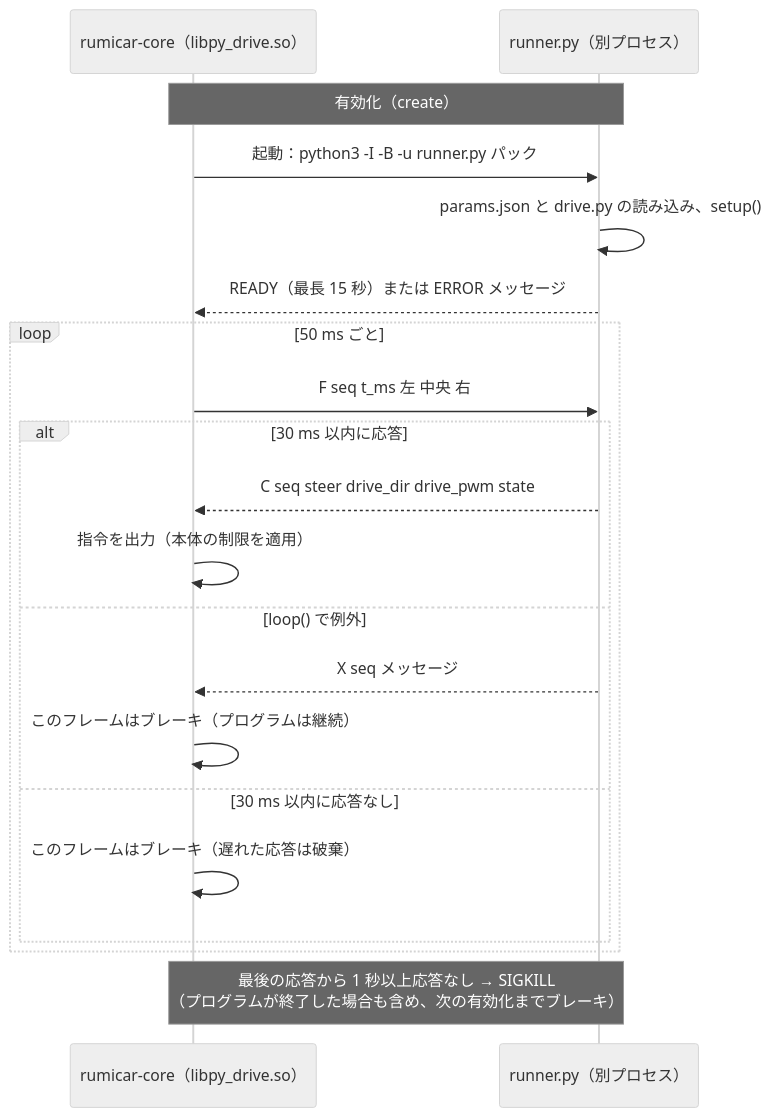
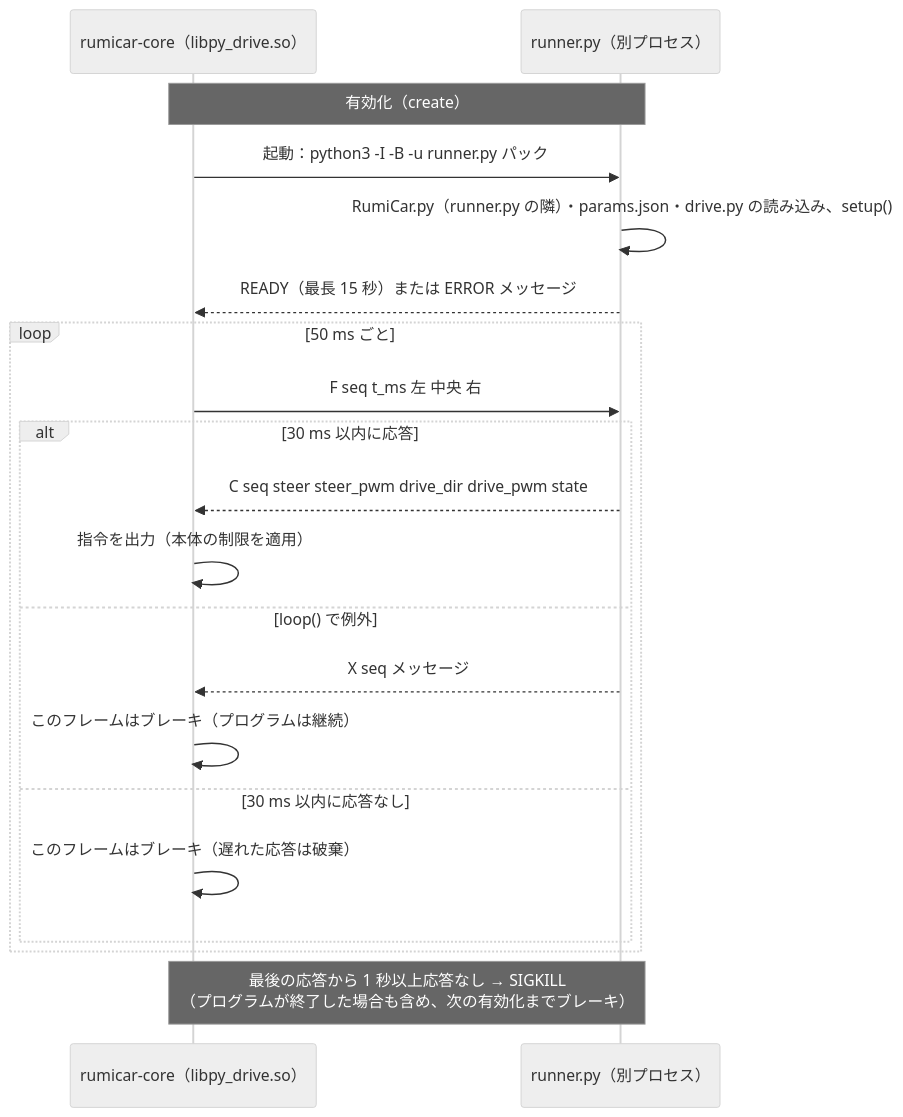
One commit to RumiCar-group/RumiCar-Zero2Cam changed the diagram in docs/figures/ja/09-py-drive.mmd. Above: the diagram before and after it, drawn with Mermaid (neutral theme). The commit also changed 53 other files, not shown here.

First line of the commit message:
RC_steer の強さ（ABI 4）：RumiCar.py 0.6.0 の取り込み、操舵のソフトウェア PWM、収録・表示・判断データ（0.5.0）

```diff
--- a/docs/figures/ja/09-py-drive.mmd
+++ b/docs/figures/ja/09-py-drive.mmd
@@ -1,20 +1,20 @@
 sequenceDiagram
     participant C as rumicar-core（libpy_drive.so）
     participant R as runner.py（別プロセス）
     Note over C,R: 有効化（create）
     C->>R: 起動：python3 -I -B -u runner.py パック
-    R->>R: params.json と drive.py の読み込み、setup()
+    R->>R: RumiCar.py（runner.py の隣）・params.json・drive.py の読み込み、setup()
     R-->>C: READY（最長 15 秒）または ERROR メッセージ
     loop 50 ms ごと
         C->>R: F seq t_ms 左 中央 右
         alt 30 ms 以内に応答
-            R-->>C: C seq steer drive_dir drive_pwm state
+            R-->>C: C seq steer steer_pwm drive_dir drive_pwm state
             C->>C: 指令を出力（本体の制限を適用）
         else loop() で例外
             R-->>C: X seq メッセージ
             C->>C: このフレームはブレーキ（プログラムは継続）
         else 30 ms 以内に応答なし
             C->>C: このフレームはブレーキ（遅れた応答は破棄）
         end
     end
     Note over C,R: 最後の応答から 1 秒以上応答なし → SIGKILL<br/>（プログラムが終了した場合も含め、次の有効化までブレーキ）
```
